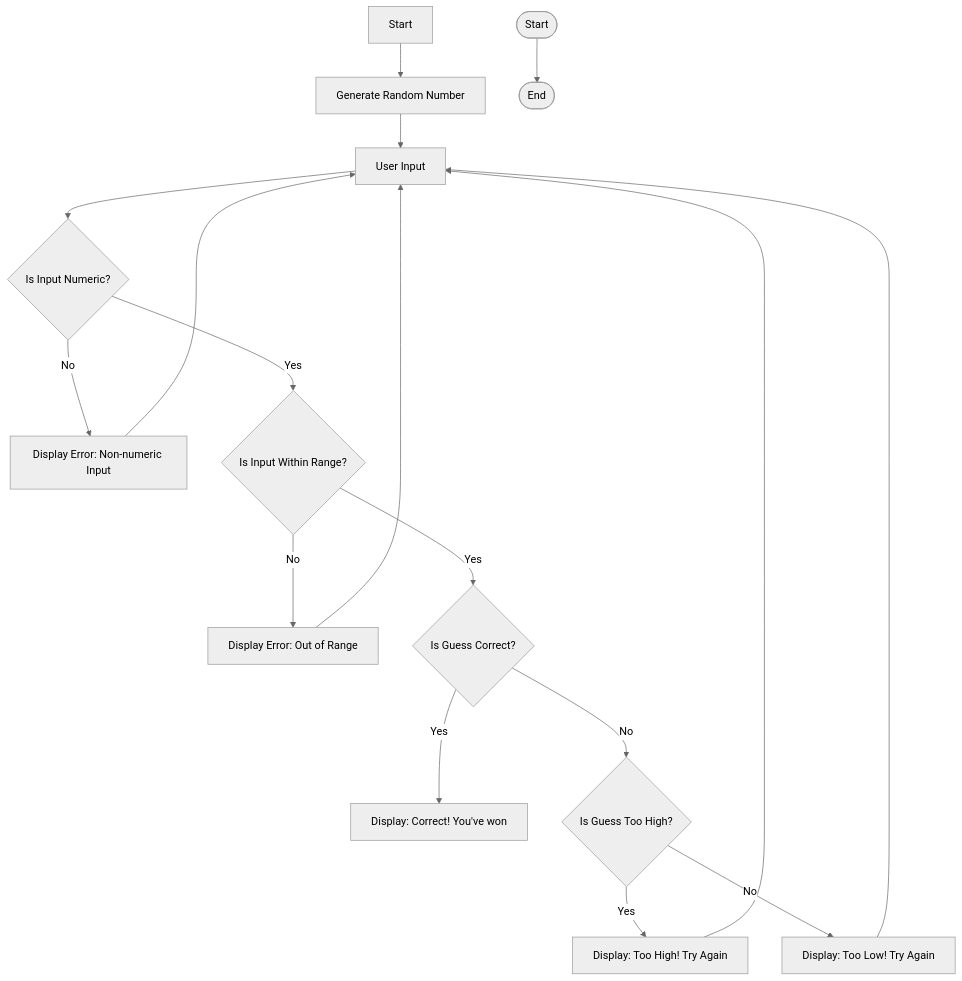
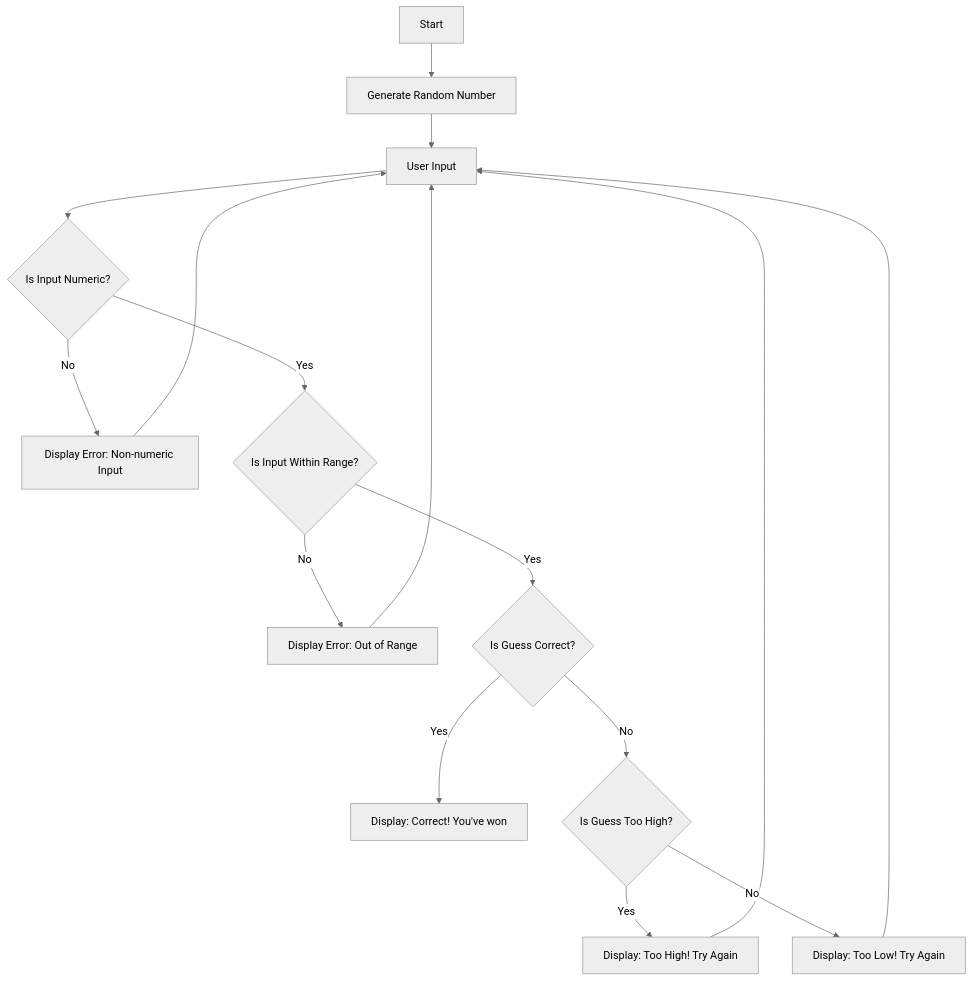
One commit to JMGoldner/jmgoldner.github.io changed the diagram in Guessing.md. Above: the diagram before and after it, drawn with Mermaid (neutral theme).

Commit message:
Update Guessing.md
Edit of Guessing Game

````diff
--- a/Guessing.md
+++ b/Guessing.md
@@ -1,20 +1,19 @@
 ```mermaid
 flowchart TD
     A[Start] --> B[Generate Random Number]
     B --> C[User Input]
     C --> D{Is Input Numeric?}
     D -- No --> E[Display Error: Non-numeric Input]
     E --> C
     D -- Yes --> F{Is Input Within Range?}
     F -- No --> G[Display Error: Out of Range]
     G --> C
     F -- Yes --> H{Is Guess Correct?}
     H -- Yes --> I[Display: Correct! You've won]
     H -- No --> J{Is Guess Too High?}
     J -- Yes --> K[Display: Too High! Try Again]
     K --> C
     J -- No --> L[Display: Too Low! Try Again]
     L --> C
 
-Start([Start]) --> End([End])
 ```
````
